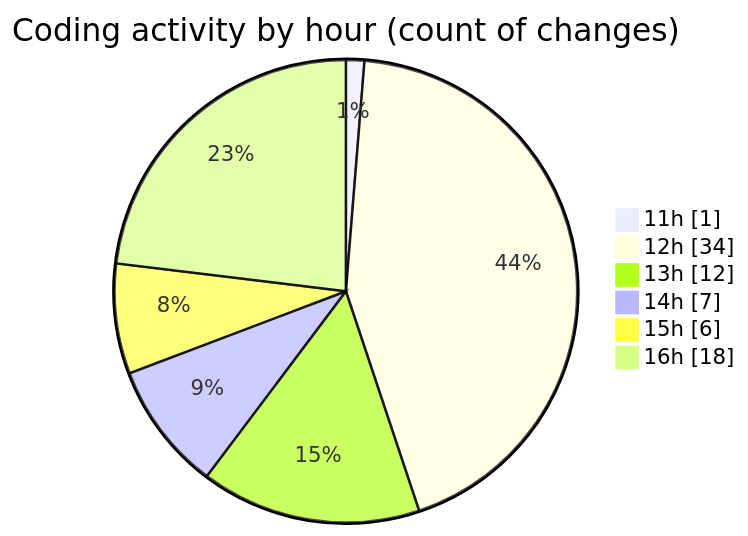
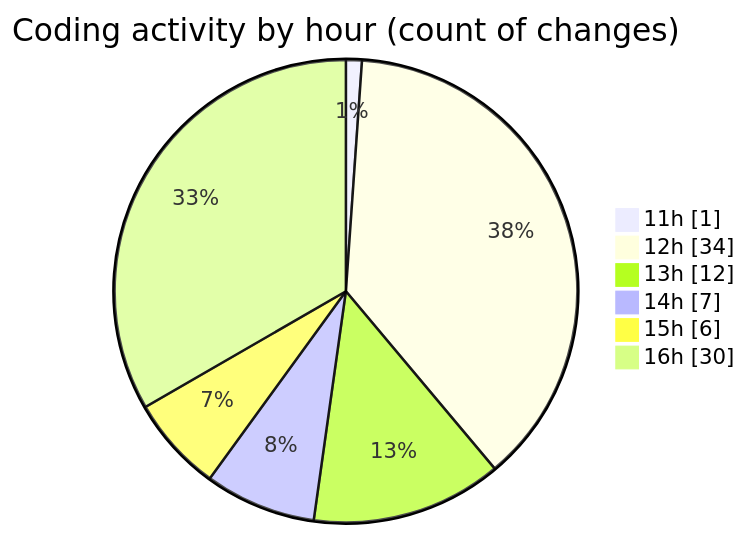
One commit to nxtqubesakshisongat/code-tracking changed the second of 2 diagrams in 2025-07-25/nxtqube_webapp/README.md. Above: the diagram before and after it, drawn with Mermaid. The commit also changed other lines of this file and 1 other file, not shown here.

````diff
--- a/2025-07-25/nxtqube_webapp/README.md
+++ b/2025-07-25/nxtqube_webapp/README.md
@@ -42,10 +42,10 @@
 ```mermaid
 pie showData
 title Coding activity by hour (count of changes)
 "11h" : 1
 "12h" : 34
 "13h" : 12
 "14h" : 7
 "15h" : 6
-"16h" : 18
+"16h" : 30
 ```
````
